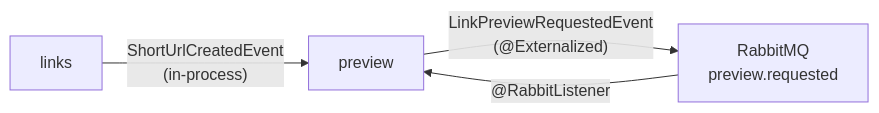
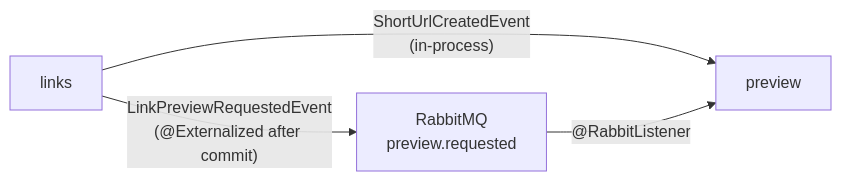
The diagram in docs/adr/0004-link-preview-broker.md (900737-oss/Project-Web), drawn with Mermaid before and after one commit. The commit also changed other lines of this file and 19 other files, not shown here.

````diff
--- a/docs/adr/0004-link-preview-broker.md
+++ b/docs/adr/0004-link-preview-broker.md
@@ -49,9 +49,9 @@
 ```mermaid
 flowchart LR
   links["links"]
   preview["preview"]
   rabbit["RabbitMQ<br/>preview.requested"]
   links -->|"ShortUrlCreatedEvent<br/>(in-process)"| preview
-  preview -->|"LinkPreviewRequestedEvent<br/>(@Externalized)"| rabbit
+  links -->|"LinkPreviewRequestedEvent<br/>(@Externalized after commit)"| rabbit
   rabbit -->|"@RabbitListener"| preview
 ```
````
